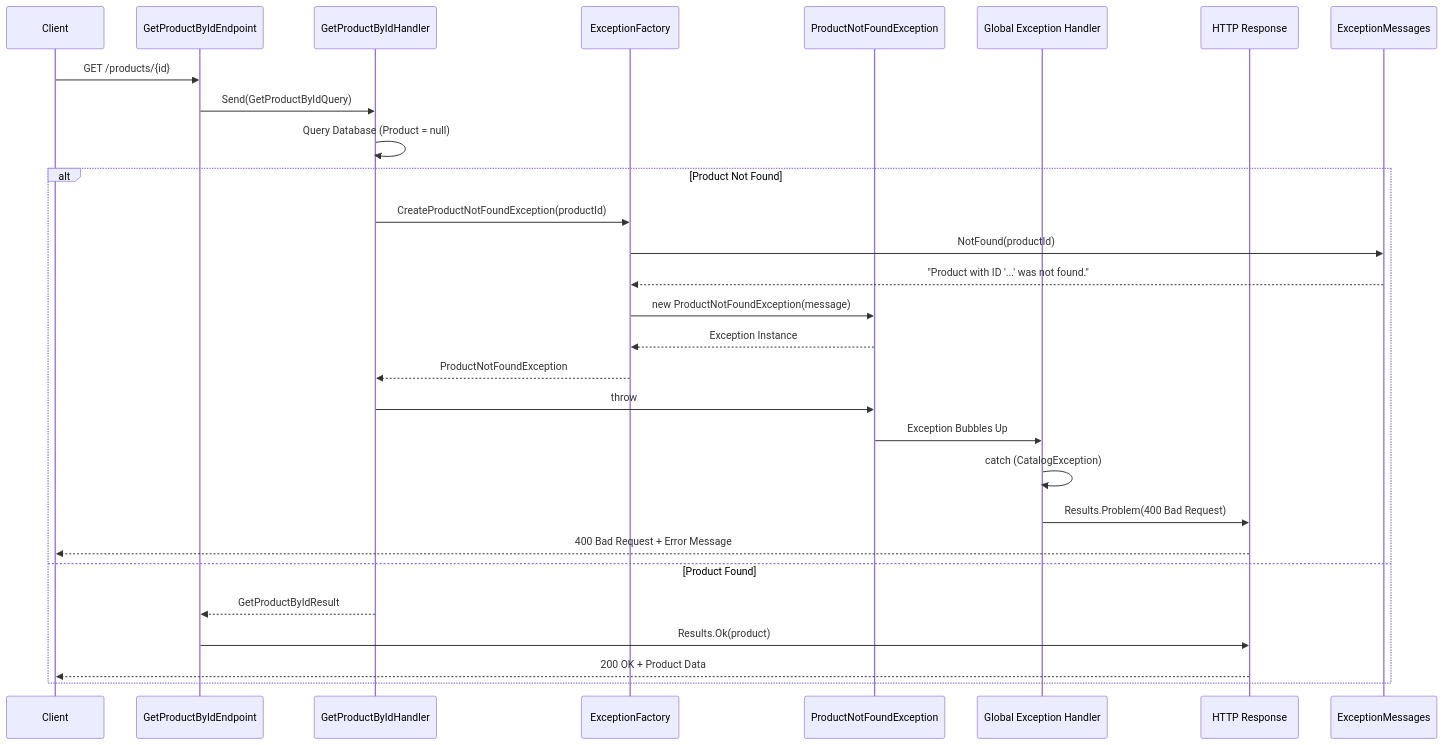
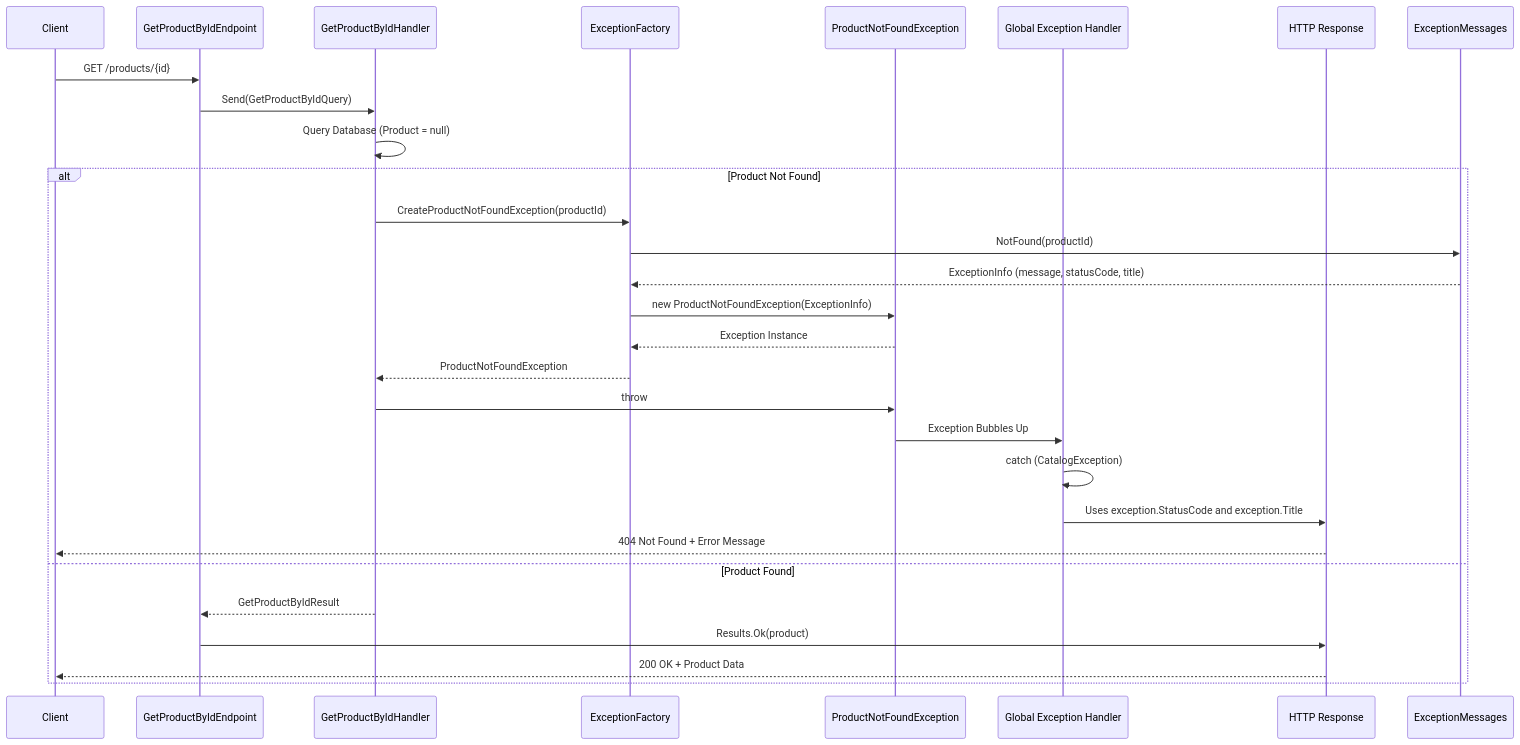
Before and after one commit to hamdyyemad/dotnet-microservices-ecommerce: the second of 5 diagrams in src/Services/Catalog/Catalog.API/Exceptions/README.md, drawn with Mermaid. The commit also changed other lines of this file and 12 other files, not shown here.

First line of the commit message:
feat: Refactor product update flow, enhance error handling, and fix infra config

````diff
--- a/src/Services/Catalog/Catalog.API/Exceptions/README.md
+++ b/src/Services/Catalog/Catalog.API/Exceptions/README.md
@@ -65,34 +67,34 @@
 ```mermaid
 sequenceDiagram
     participant Client
     participant Endpoint as GetProductByIdEndpoint
     participant Handler as GetProductByIdHandler
     participant Factory as ExceptionFactory
     participant Exception as ProductNotFoundException
     participant GlobalHandler as Global Exception Handler
     participant Response as HTTP Response
 
     Client->>Endpoint: GET /products/{id}
     Endpoint->>Handler: Send(GetProductByIdQuery)
 
     Handler->>Handler: Query Database (Product = null)
 
     alt Product Not Found
         Handler->>Factory: CreateProductNotFoundException(productId)
         Factory->>ExceptionMessages: NotFound(productId)
-        ExceptionMessages-->>Factory: "Product with ID '...' was not found."
-        Factory->>Exception: new ProductNotFoundException(message)
+        ExceptionMessages-->>Factory: ExceptionInfo (message, statusCode, title)
+        Factory->>Exception: new ProductNotFoundException(ExceptionInfo)
         Exception-->>Factory: Exception Instance
         Factory-->>Handler: ProductNotFoundException
         Handler->>Exception: throw
         Exception->>GlobalHandler: Exception Bubbles Up
 
         GlobalHandler->>GlobalHandler: catch (CatalogException)
-        GlobalHandler->>Response: Results.Problem(400 Bad Request)
-        Response-->>Client: 400 Bad Request + Error Message
+        GlobalHandler->>Response: Uses exception.StatusCode and exception.Title
+        Response-->>Client: 404 Not Found + Error Message
     else Product Found
         Handler-->>Endpoint: GetProductByIdResult
         Endpoint->>Response: Results.Ok(product)
         Response-->>Client: 200 OK + Product Data
     end
 ```
````
